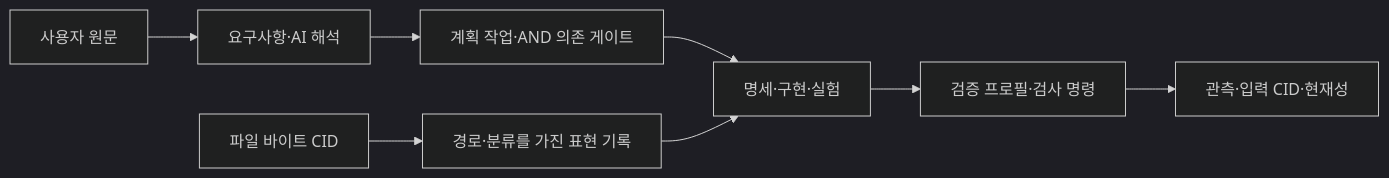
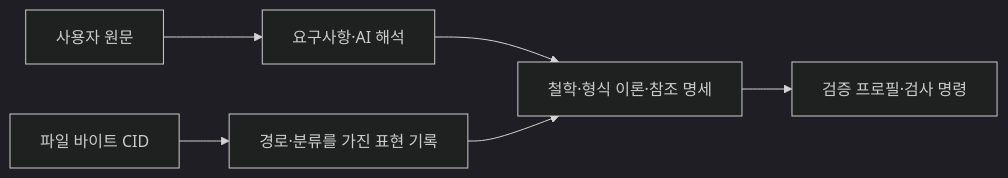
One commit to gj3447/CHU changed the diagram in engineering/README.md. Above: the diagram before and after it, drawn with Mermaid (dark theme). The commit also changed other lines of this file and 58 other files, not shown here.

````diff
--- a/engineering/README.md
+++ b/engineering/README.md
@@ -36,10 +34,8 @@
 ```mermaid
 flowchart LR
   U[사용자 원문] --> R[요구사항·AI 해석]
-  R --> T[계획 작업·AND 의존 게이트]
-  T --> P[명세·구현·실험]
+  R --> P[철학·형식 이론·참조 명세]
   P --> V[검증 프로필·검사 명령]
-  V --> E[관측·입력 CID·현재성]
   B[파일 바이트 CID] --> F[경로·분류를 가진 표현 기록]
   F --> P
 ```
````
